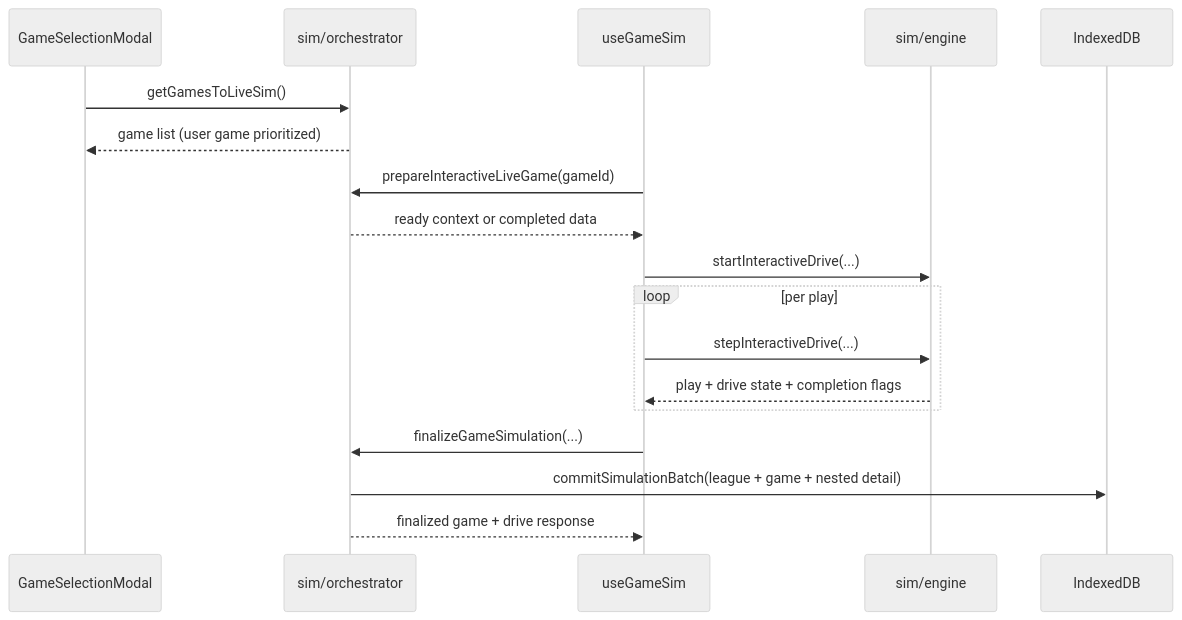
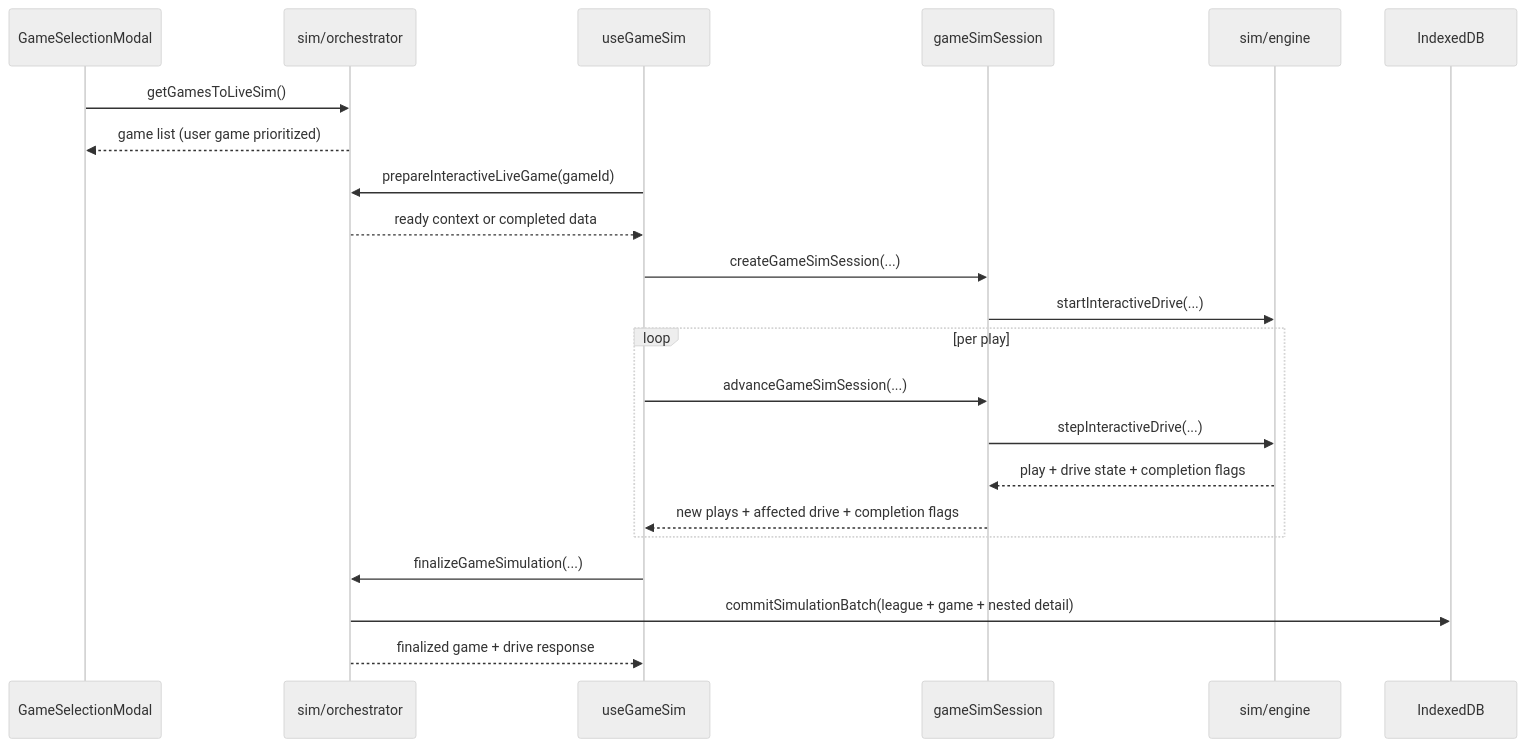
The diagram in docs/interfaces/ui-sim-integration.md (rdettling/cfbsim), drawn with Mermaid (neutral theme) before and after one commit. The commit also changed other lines of this file and 238 other files, not shown here.

Commit message:
refactor: consolidate current-version architecture

````diff
--- a/docs/interfaces/ui-sim-integration.md
+++ b/docs/interfaces/ui-sim-integration.md
@@ -63,21 +68,25 @@
 ```mermaid
 sequenceDiagram
   participant Modal as GameSelectionModal
   participant Domain as sim/orchestrator
   participant Hook as useGameSim
+  participant Session as gameSimSession
   participant Engine as sim/engine
   participant DB as IndexedDB
 
   Modal->>Domain: getGamesToLiveSim()
   Domain-->>Modal: game list (user game prioritized)
   Hook->>Domain: prepareInteractiveLiveGame(gameId)
   Domain-->>Hook: ready context or completed data
-  Hook->>Engine: startInteractiveDrive(...)
+  Hook->>Session: createGameSimSession(...)
+  Session->>Engine: startInteractiveDrive(...)
   loop per play
-    Hook->>Engine: stepInteractiveDrive(...)
-    Engine-->>Hook: play + drive state + completion flags
+    Hook->>Session: advanceGameSimSession(...)
+    Session->>Engine: stepInteractiveDrive(...)
+    Engine-->>Session: play + drive state + completion flags
+    Session-->>Hook: new plays + affected drive + completion flags
   end
   Hook->>Domain: finalizeGameSimulation(...)
   Domain->>DB: commitSimulationBatch(league + game + nested detail)
   Domain-->>Hook: finalized game + drive response
 ```
````
